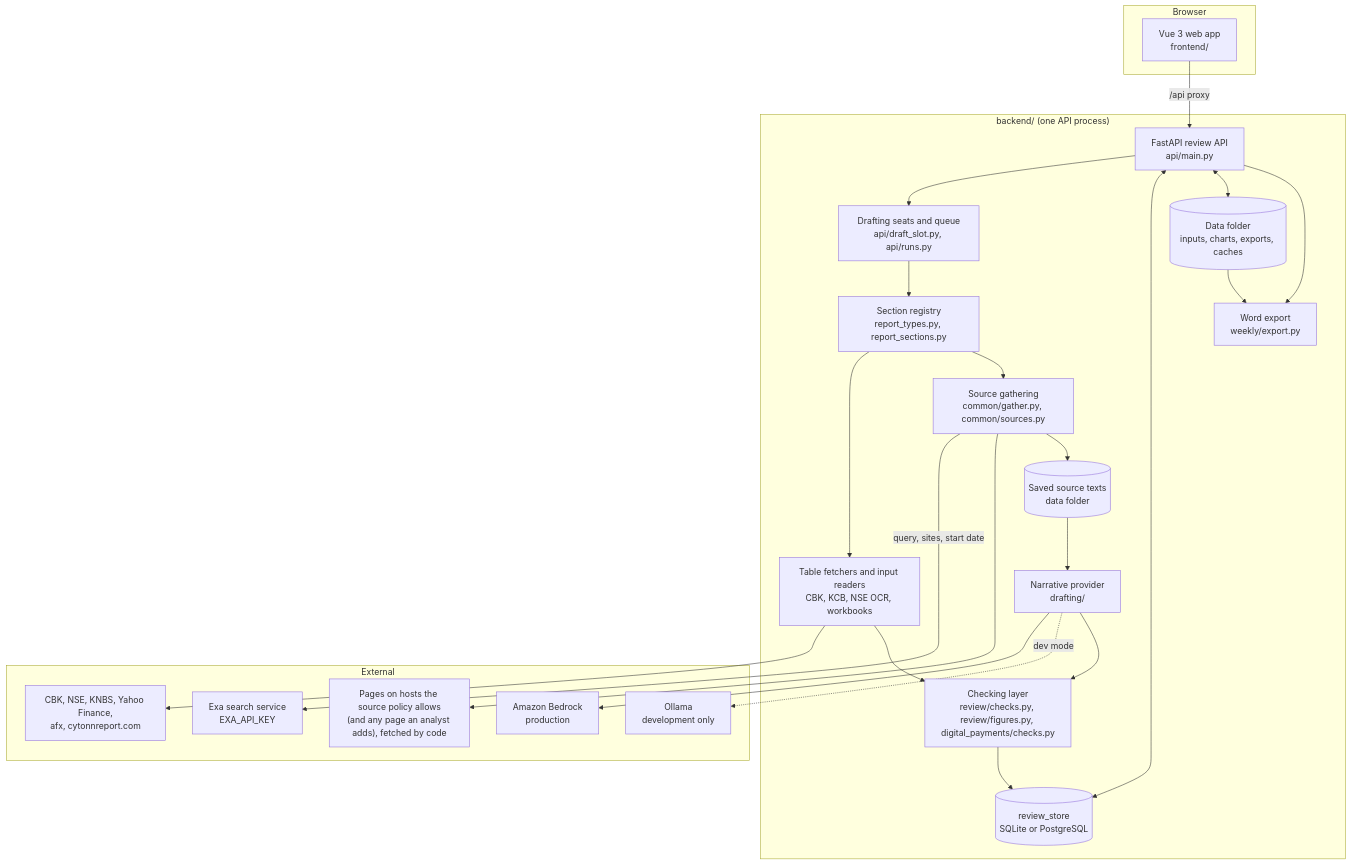
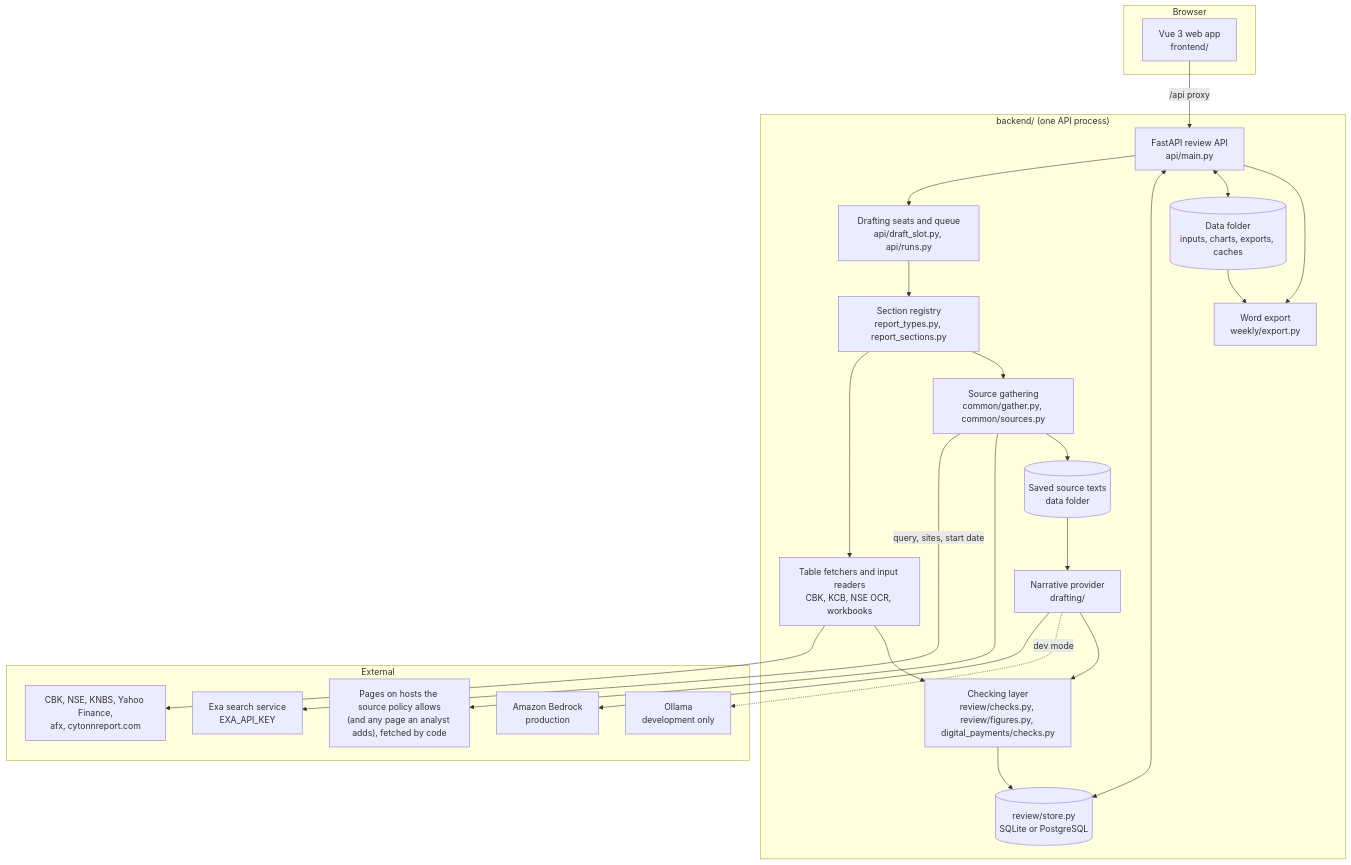
One commit to clivemisiko/Cytonn_Weekly changed the second of 2 diagrams in README.md. Above: the diagram before and after it, drawn with Mermaid. The commit also changed other lines of this file and 2 other files, not shown here.

Commit message:
Correct the key warning, conftest and Bedrock status lines in the notes
Documentation only.

````diff
--- a/README.md
+++ b/README.md
@@ -37,43 +37,43 @@
 ```mermaid
 flowchart TB
     subgraph Browser
         UI["Vue 3 web app<br/>frontend/"]
     end
     subgraph Backend["backend/ (one API process)"]
         API["FastAPI review API<br/>api/main.py"]
         Q["Drafting seats and queue<br/>api/draft_slot.py, api/runs.py"]
         REG["Section registry<br/>report_types.py, report_sections.py"]
         FETCH["Table fetchers and input readers<br/>CBK, KCB, NSE OCR, workbooks"]
         GATHER["Source gathering<br/>common/gather.py, common/sources.py"]
         SRC[("Saved source texts<br/>data folder")]
         PROV["Narrative provider<br/>drafting/"]
         CHECK["Checking layer<br/>review/checks.py, review/figures.py, digital_payments/checks.py"]
-        STORE[("review_store<br/>SQLite or PostgreSQL")]
+        STORE[("review/store.py<br/>SQLite or PostgreSQL")]
         FILES[("Data folder<br/>inputs, charts, exports, caches")]
         DOCX["Word export<br/>weekly/export.py"]
     end
     subgraph External
         PUB["CBK, NSE, KNBS, Yahoo Finance,<br/>afx, cytonnreport.com"]
         EXA["Exa search service<br/>EXA_API_KEY"]
         SITES["Pages on hosts the source policy allows<br/>(and any page an analyst adds), fetched by code"]
         BR["Amazon Bedrock<br/>production"]
         OL["Ollama<br/>development only"]
     end
     UI -->|"/api proxy"| API
     API --> Q --> REG
     REG --> FETCH --> PUB
     REG --> GATHER
     GATHER -->|"query, sites, start date"| EXA
     GATHER --> SITES
     GATHER --> SRC
     SRC --> PROV
     PROV --> BR
     PROV -.dev mode.-> OL
     FETCH --> CHECK
     PROV --> CHECK
     CHECK --> STORE
     API <--> STORE
     API <--> FILES
     API --> DOCX
     FILES --> DOCX
 ```
````
